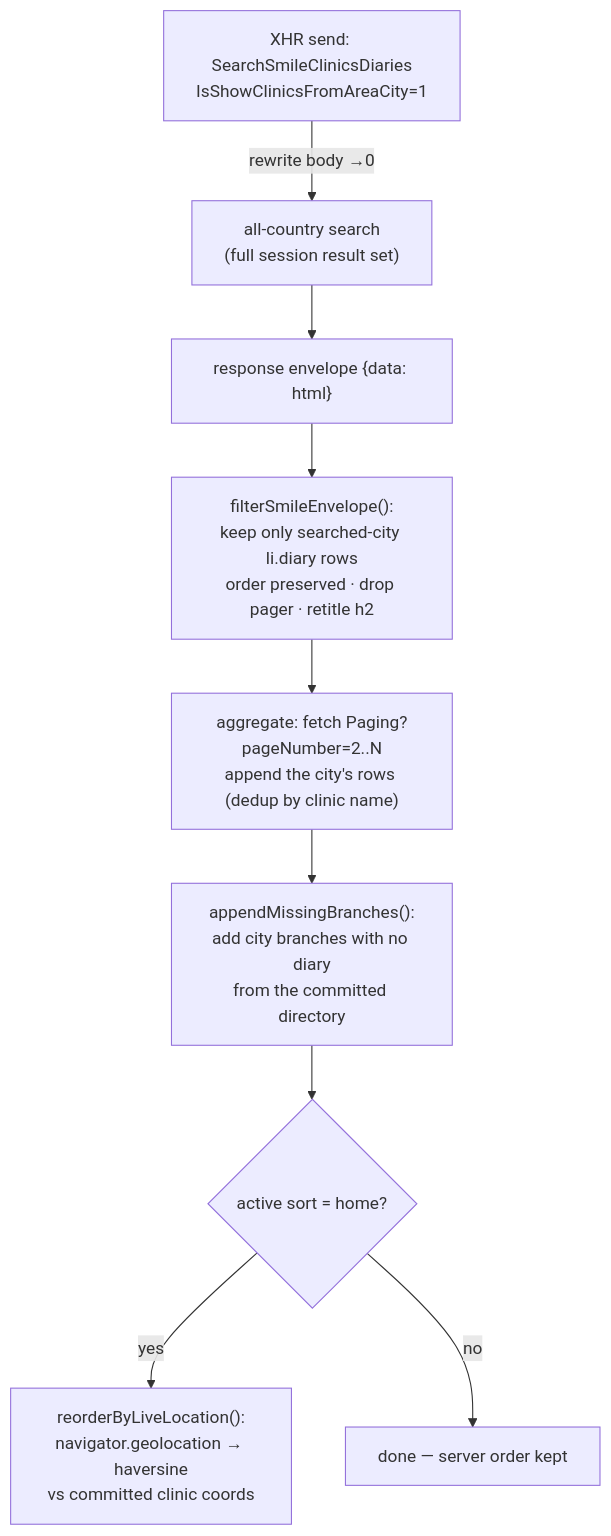
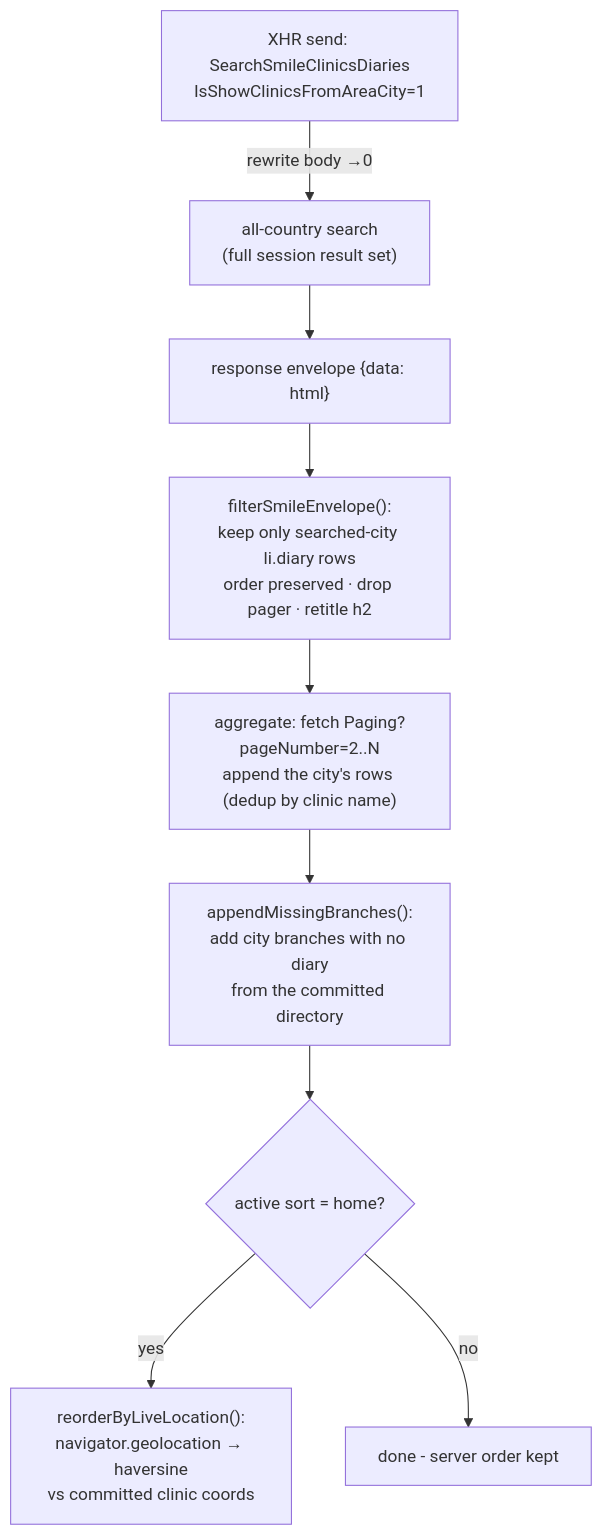
Before and after one commit to avi12/clalit-smile-search-by-city: the second of 4 diagrams in docs/reverse-engineering.md, drawn with Mermaid. The commit also changed other lines of this file and 13 other files, not shown here.

````diff
--- a/docs/reverse-engineering.md
+++ b/docs/reverse-engineering.md
@@ -400,11 +400,11 @@
 ```mermaid
 flowchart TD
     S["XHR send: SearchSmileClinicsDiaries<br/>IsShowClinicsFromAreaCity=1"] -->|rewrite body →0| A["all-country search<br/>(full session result set)"]
     A --> R["response envelope {data: html}"]
     R --> F["filterSmileEnvelope():<br/>keep only searched-city li.diary rows<br/>order preserved · drop pager · retitle h2"]
     F --> P["aggregate: fetch Paging?pageNumber=2..N<br/>append the city's rows (dedup by clinic name)"]
     P --> B["appendMissingBranches():<br/>add city branches with no diary<br/>from the committed directory"]
     B --> G{"active sort = home?"}
     G -->|yes| L["reorderByLiveLocation():<br/>navigator.geolocation → haversine<br/>vs committed clinic coords"]
-    G -->|no| D["done — server order kept"]
+    G -->|no| D["done - server order kept"]
 ```
````
